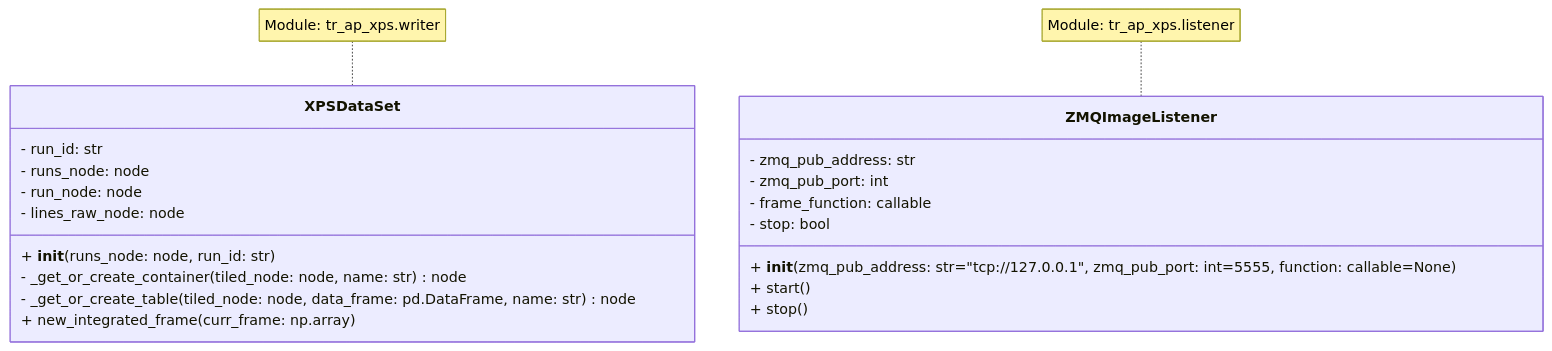
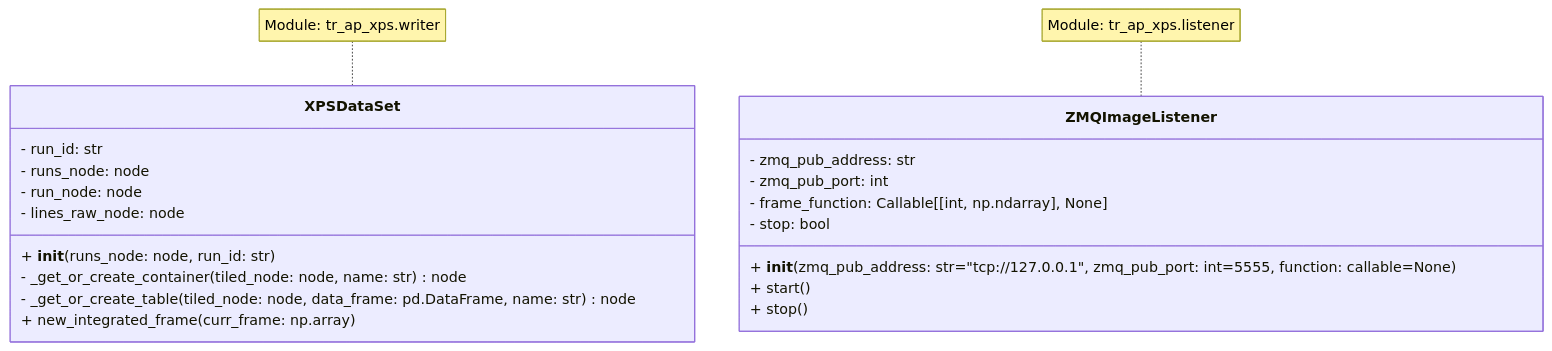
The second of 2 diagrams in docs/design.md (als-computing/ArroyoXPS), drawn with Mermaid before and after one commit. The commit also changed 3 other files, not shown here.

````diff
--- a/docs/design.md
+++ b/docs/design.md
@@ -48,26 +48,26 @@
 ```mermaid
 classDiagram
     note for XPSDataSet "Module: tr_ap_xps.writer"
     class XPSDataSet {
         - run_id: str
         - runs_node: node
         - run_node: node
         - lines_raw_node: node
         + __init__(runs_node: node, run_id: str)
         - _get_or_create_container(tiled_node: node, name: str) node
         - _get_or_create_table(tiled_node: node, data_frame: pd.DataFrame, name: str) node
         + new_integrated_frame(curr_frame: np.array)
     }
 
     note for ZMQImageListener "Module: tr_ap_xps.listener"
     class ZMQImageListener {
         - zmq_pub_address: str
         - zmq_pub_port: int
-        - frame_function: callable
+        - frame_function: Callable[[int, np.ndarray], None]
         - stop: bool
         + __init__(zmq_pub_address: str="tcp://127.0.0.1", zmq_pub_port: int=5555, function: callable=None)
         + start()
         + stop()
     }
 
 ```
````
